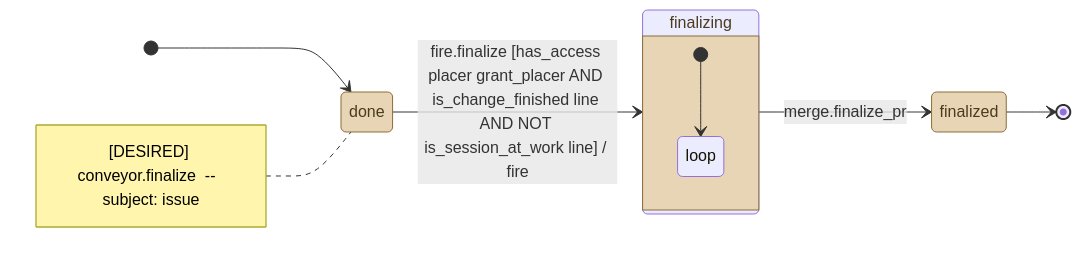
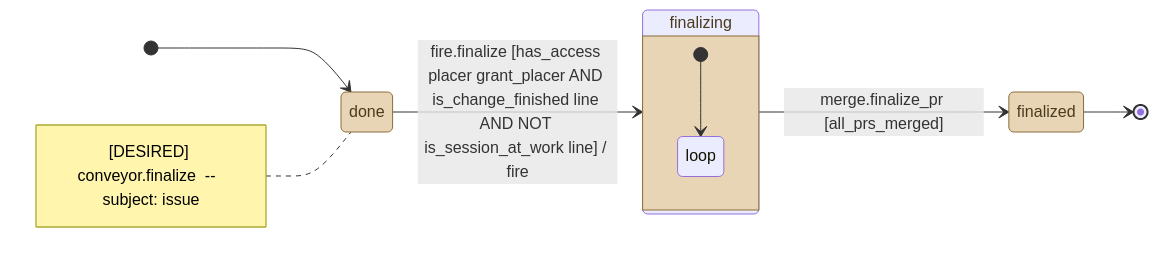
Before and after one commit to kostiantyn-matsebora/agent-ops-operator: the diagram in .github/conveyor-model/mermaid/desired/conveyor_finalize.mmd, drawn with Mermaid. The commit also changed 3 other files, not shown here.

First line of the commit message:
fix(conveyor): done requires all related PRs merged, not just one

```diff
--- a/.github/conveyor-model/mermaid/desired/conveyor_finalize.mmd
+++ b/.github/conveyor-model/mermaid/desired/conveyor_finalize.mmd
@@ -1,19 +1,19 @@
 stateDiagram-v2
     direction LR
     [*] --> done
     note left of done
         [DESIRED] conveyor.finalize  --  subject: issue
     end note
     classDef stationState fill:#e8d5b5,stroke:#8a6d3b,color:#4a3b1f
     classDef loopState fill:#c9e4de,stroke:#2f6b5e,color:#1a3b33
     state done
     state finalizing
     state finalized
     done --> finalizing : fire.finalize [has_access placer grant_placer AND is_change_finished line AND NOT is_session_at_work line] / fire
-    finalizing --> finalized : merge.finalize_pr
+    finalizing --> finalized : merge.finalize_pr [all_prs_merged]
     finalized --> [*]
     class done, finalizing, finalized stationState
     state finalizing {
         [*] --> loop
         state "loop" as loop
     }
```
